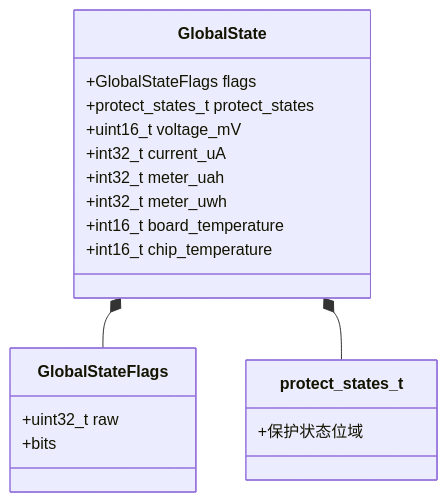
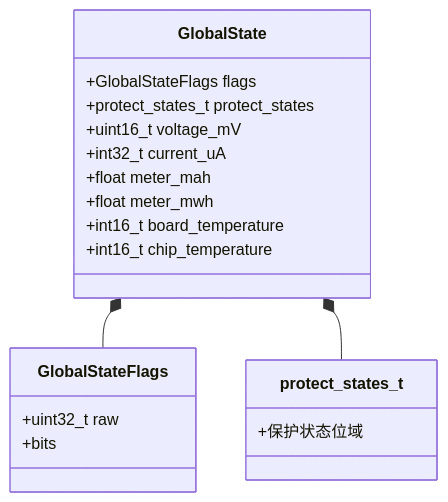
One commit to qingmeijiupiao/Wireless_power_meter_lite changed the second of 2 diagrams in components/app/global_state/README.md. Above: the diagram before and after it, drawn with Mermaid. The commit also changed other lines of this file and 19 other files, not shown here.

````diff
--- a/components/app/global_state/README.md
+++ b/components/app/global_state/README.md
@@ -36,22 +36,22 @@
 ```mermaid
 classDiagram
     class GlobalState {
         +GlobalStateFlags flags
         +protect_states_t protect_states
         +uint16_t voltage_mV
         +int32_t current_uA
-        +int32_t meter_uah
-        +int32_t meter_uwh
+        +float meter_mah
+        +float meter_mwh
         +int16_t board_temperature
         +int16_t chip_temperature
     }
     class GlobalStateFlags {
         +uint32_t raw
         +bits
     }
     class protect_states_t {
         +保护状态位域
     }
     GlobalState *-- GlobalStateFlags
     GlobalState *-- protect_states_t
 ```
````
